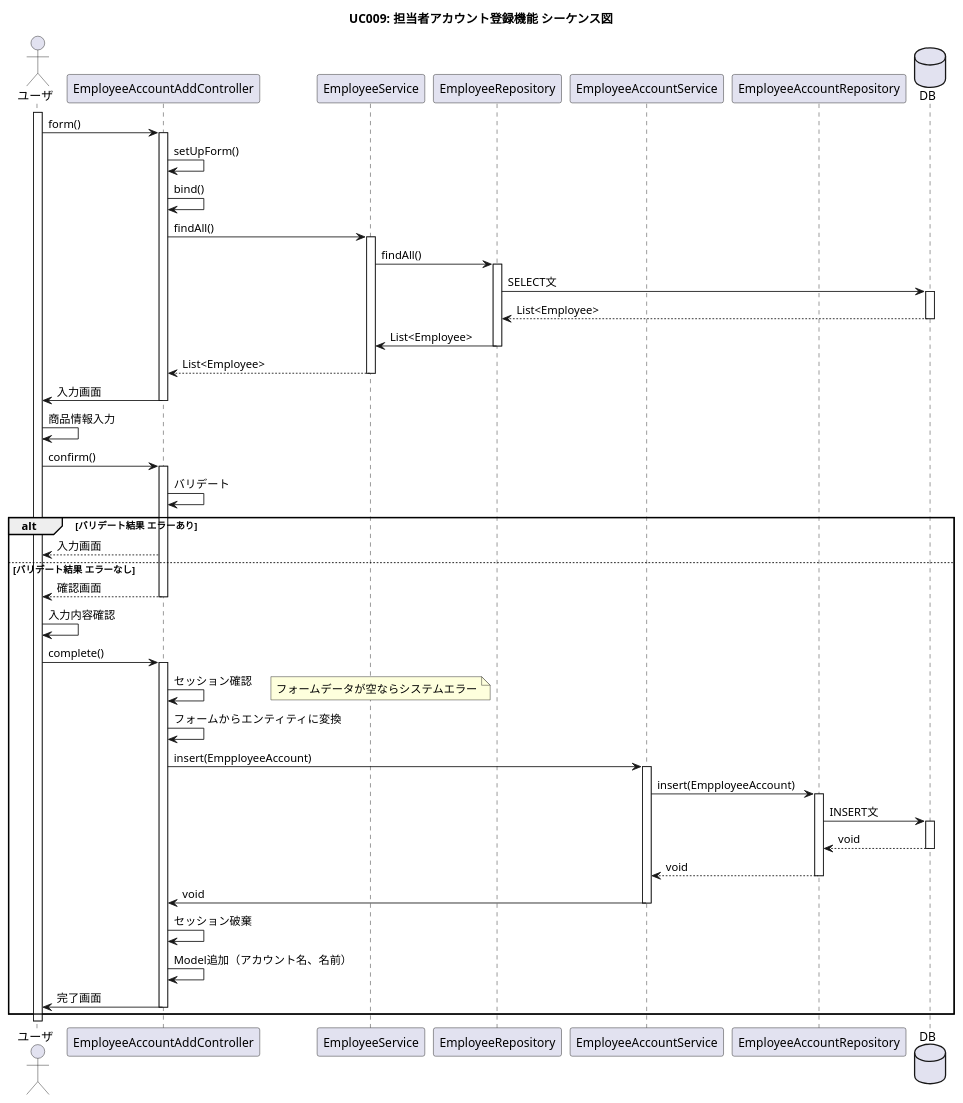
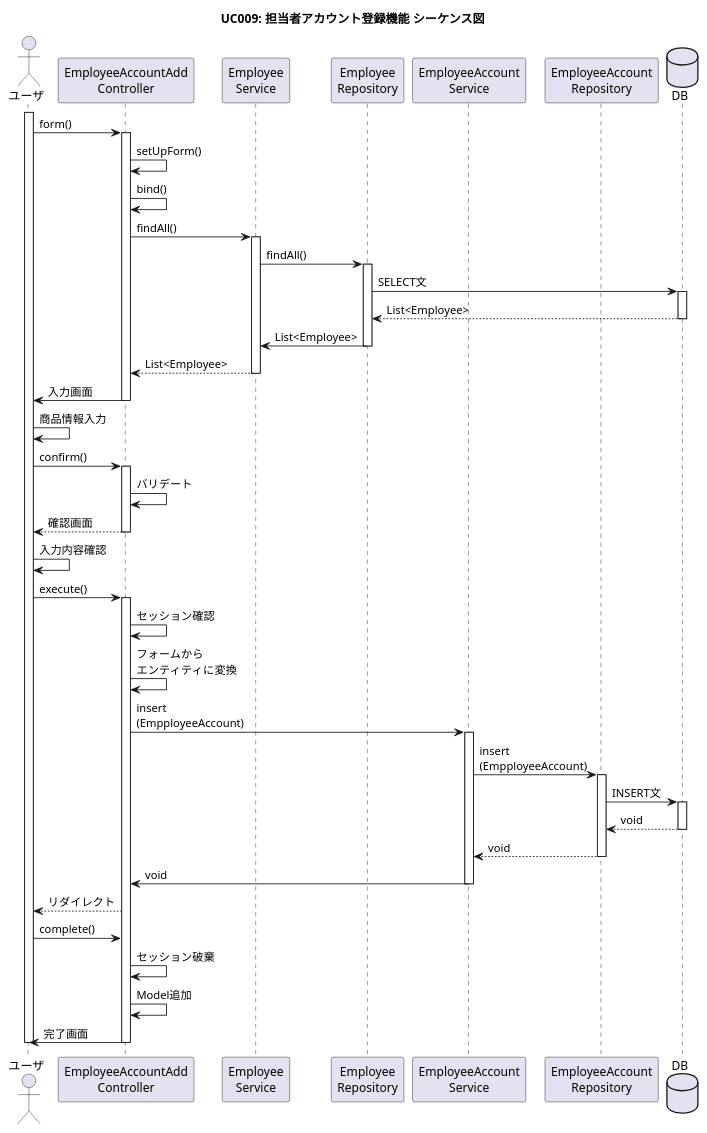
Before and after one commit to imagepit/fullness-ec: the diagram in plan/diagram/sequence/uc009_employee_account_add.puml, drawn with PlantUML. The commit also changed 89 other files, not shown here.

```diff
--- a/plan/diagram/sequence/uc009_employee_account_add.puml
+++ b/plan/diagram/sequence/uc009_employee_account_add.puml
@@ -1,93 +1,51 @@
 @startuml
 
 title UC009: 担当者アカウント登録機能 シーケンス図
 skinparam shadowing false
-'hide footbox
 
-actor ユーザ
-activate ユーザ
+actor ユーザ as user
+activate user
+participant "EmployeeAccountAdd\nController" as controller
+participant "Employee\nService" as svc1
+participant "Employee\nRepository" as repo1
+participant "EmployeeAccount\nService" as svc2
+participant "EmployeeAccount\nRepository" as repo2
+database DB as db
 
-ユーザ -> EmployeeAccountAddController : form()
-activate EmployeeAccountAddController
+' 入力画面
+user -> controller ++ : form()
+controller -> controller : setUpForm()
+controller -> controller : bind()
+controller -> svc1 ++ : findAll()
+svc1 -> repo1 ++ : findAll()
+repo1 -> db ++ : SELECT文
+repo1 <-- db -- : List<Employee>
+svc1 <- repo1 -- : List<Employee>
+controller <-- svc1 --  : List<Employee>
+controller -> user -- : 入力画面
 
-EmployeeAccountAddController -> EmployeeAccountAddController : setUpForm()
+' 確認画面
+user -> user : 商品情報入力
+user -> controller ++ : confirm()
+controller -> controller : バリデート
+controller --> user -- : 確認画面
 
-EmployeeAccountAddController -> EmployeeAccountAddController : bind()
-
-EmployeeAccountAddController -> EmployeeService : findAll()
-activate EmployeeService
-
-EmployeeService -> EmployeeRepository : findAll()
-activate EmployeeRepository
-
-participant EmployeeAccountService
-
-participant EmployeeAccountRepository
-
-database DB
-
-EmployeeRepository -> DB : SELECT文
-activate DB
-
-DB --> EmployeeRepository : List<Employee>
-deactivate DB
-
-EmployeeRepository -> EmployeeService : List<Employee>
-deactivate EmployeeRepository
-
-EmployeeService --> EmployeeAccountAddController : List<Employee>
-deactivate EmployeeService
-
-EmployeeAccountAddController -> ユーザ : 入力画面
-deactivate EmployeeAccountAddController
-
-ユーザ -> ユーザ : 商品情報入力
-
-ユーザ -> EmployeeAccountAddController : confirm()
-activate EmployeeAccountAddController
-
-EmployeeAccountAddController -> EmployeeAccountAddController : バリデート
-
-alt バリデート結果 エラーあり
-	EmployeeAccountAddController --> ユーザ : 入力画面
-else バリデート結果 エラーなし
-	EmployeeAccountAddController --> ユーザ : 確認画面
-	deactivate EmployeeAccountAddController
-
-	ユーザ -> ユーザ : 入力内容確認
-
-    ユーザ -> EmployeeAccountAddController : complete()
-    activate EmployeeAccountAddController
-
-    EmployeeAccountAddController -> EmployeeAccountAddController : セッション確認
-    note right: フォームデータが空ならシステムエラー
-
-    EmployeeAccountAddController -> EmployeeAccountAddController : フォームからエンティティに変換
-
-    EmployeeAccountAddController -> EmployeeAccountService : insert(EmpployeeAccount)
-    activate EmployeeAccountService
-
-    EmployeeAccountService -> EmployeeAccountRepository : insert(EmpployeeAccount)
-    activate EmployeeAccountRepository
-
-    EmployeeAccountRepository -> DB : INSERT文
-    activate DB
-
-    DB --> EmployeeAccountRepository : void
-    deactivate DB
-
-    EmployeeAccountRepository --> EmployeeAccountService : void
-    deactivate EmployeeAccountRepository
-
-    EmployeeAccountService -> EmployeeAccountAddController : void
-    deactivate EmployeeAccountService
-
-    EmployeeAccountAddController -> EmployeeAccountAddController : セッション破棄
-
-    EmployeeAccountAddController -> EmployeeAccountAddController : Model追加（アカウント名、名前）
-
-    EmployeeAccountAddController -> ユーザ : 完了画面
-    deactivate EmployeeAccountAddController
-end
-
+' 完了画面
+user -> user : 入力内容確認
+user -> controller ++ : execute()
+controller -> controller : セッション確認
+' note right: フォームデータが\n空ならシステムエラー
+controller -> controller : フォームから\nエンティティに変換
+controller -> svc2 ++ : insert\n(EmpployeeAccount)
+svc2 -> repo2 ++ : insert\n(EmpployeeAccount)
+repo2 -> db ++ : INSERT文
+repo2 <-- db -- : void
+svc2 <-- repo2 -- : void
+svc2 -> controller -- : void
+user <-- controller : リダイレクト
+user -> controller : complete()
+controller -> controller : セッション破棄
+controller -> controller : Model追加
+controller -> user -- : 完了画面
+deactivate user
 @enduml
```
